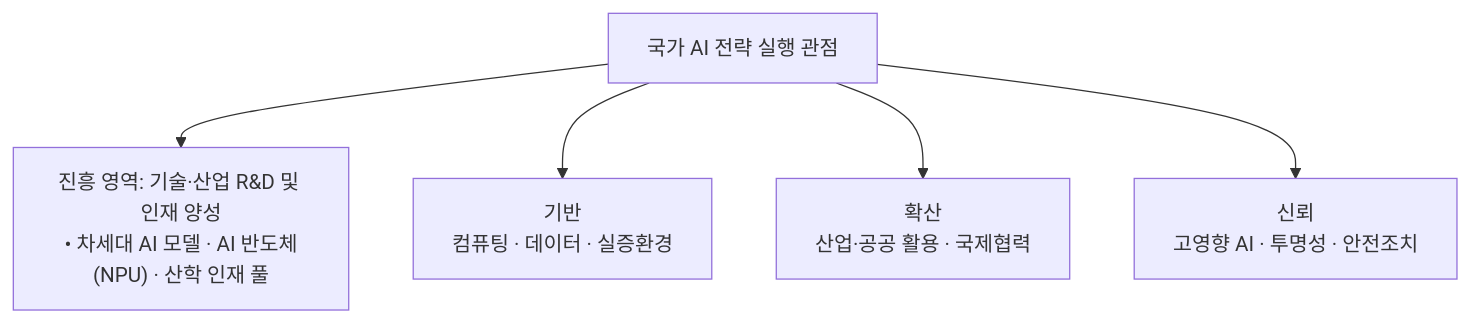
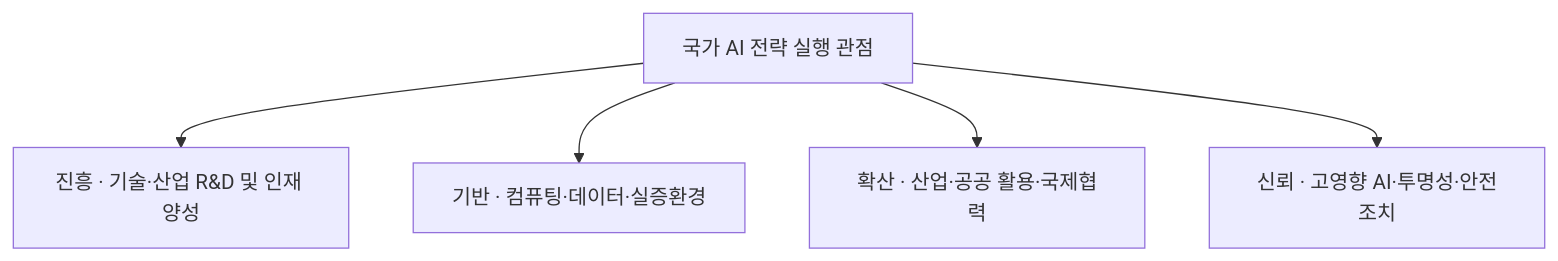
One commit to agnusdei1207/study changed the second of 3 diagrams in src/content/docs/notes/itpe/01-it-strategy/024_korea_ai_action_plan.md. Above: the diagram before and after it, drawn with Mermaid. The commit also changed other lines of this file and 19 other files, not shown here.

````diff
--- a/src/content/docs/notes/itpe/01-it-strategy/024_korea_ai_action_plan.md
+++ b/src/content/docs/notes/itpe/01-it-strategy/024_korea_ai_action_plan.md
@@ -71,9 +73,8 @@
 ```mermaid
 flowchart TD
     ROOT["국가 AI 전략 실행 관점"]
-
-    ROOT --> PROMO["진흥 영역: 기술·산업 R&D 및 인재 양성<br/>• 차세대 AI 모델 · AI 반도체(NPU) · 산학 인재 풀"]
-    ROOT --> BASE["기반<br/>컴퓨팅 · 데이터 · 실증환경"]
-    ROOT --> EXP["확산<br/>산업·공공 활용 · 국제협력"]
-    ROOT --> TRUST["신뢰<br/>고영향 AI · 투명성 · 안전조치"]
+    ROOT --> PROMO["진흥 · 기술·산업 R&D 및 인재 양성"]
+    ROOT --> BASE["기반 · 컴퓨팅·데이터·실증환경"]
+    ROOT --> EXP["확산 · 산업·공공 활용·국제협력"]
+    ROOT --> TRUST["신뢰 · 고영향 AI·투명성·안전조치"]
 ```
````
